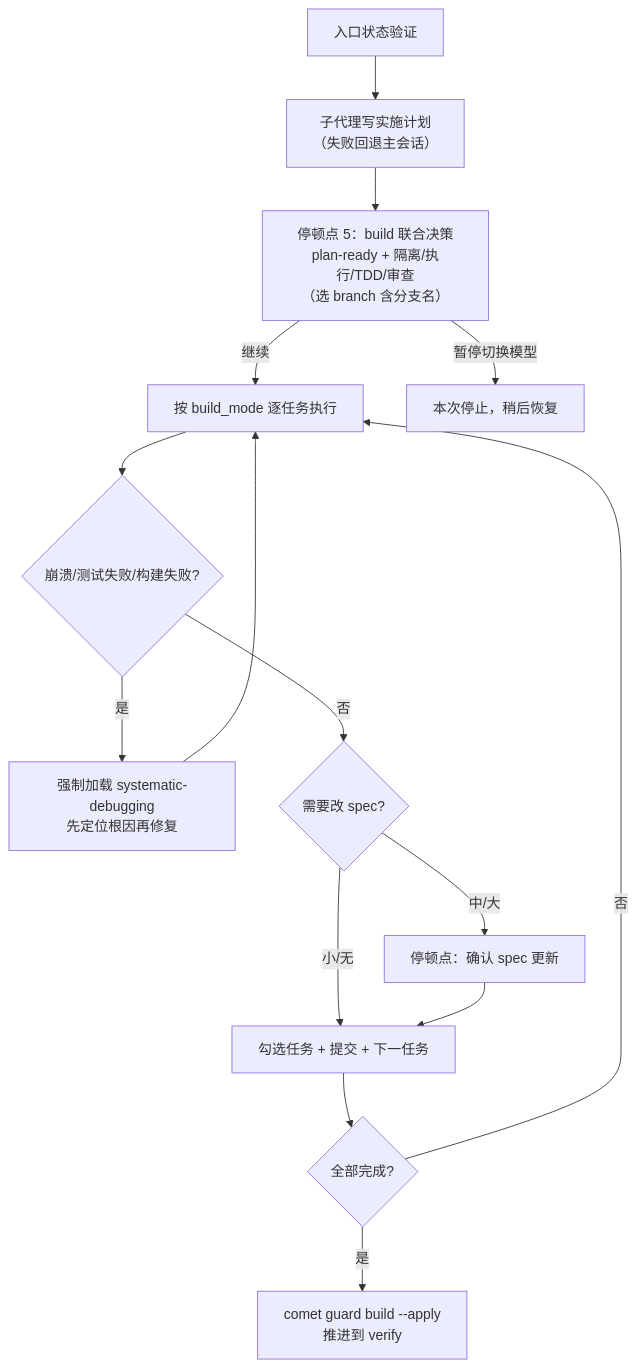
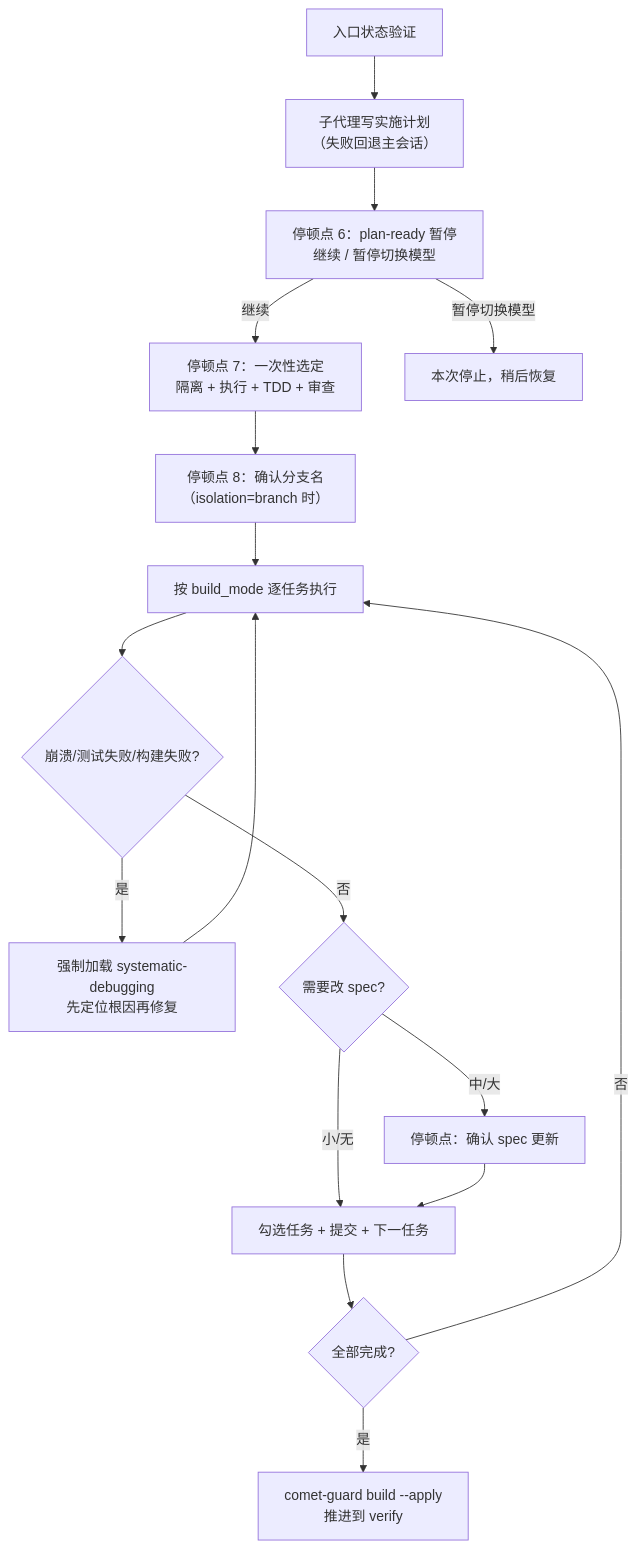
One commit to rpamis/comet-website-docs changed the diagram in zh/phases/build.mdx. Above: the diagram before and after it, drawn with Mermaid. The commit also changed other lines of this file and 114 other files, not shown here.

````diff
--- a/zh/phases/build.mdx
+++ b/zh/phases/build.mdx
@@ -34,17 +37,19 @@
 ```mermaid
 flowchart TD
     Entry["入口状态验证"] --> S1["子代理写实施计划<br/>（失败回退主会话）"]
-    S1 --> Stop5["停顿点 5：build 联合决策<br/>plan-ready + 隔离/执行/TDD/审查<br/>（选 branch 含分支名）"]
-    Stop5 -->|继续| Exec["按 build_mode 逐任务执行"]
-    Stop5 -->|暂停切换模型| PauseDone["本次停止，稍后恢复"]
+    S1 --> Stop2["停顿点 6：plan-ready 暂停<br/>继续 / 暂停切换模型"]
+    Stop2 -->|继续| Stop3["停顿点 7：一次性选定<br/>隔离 + 执行 + TDD + 审查"]
+    Stop2 -->|暂停切换模型| PauseDone["本次停止，稍后恢复"]
+    Stop3 --> StopBranch["停顿点 8：确认分支名<br/>（isolation=branch 时）"]
+    StopBranch --> Exec["按 build_mode 逐任务执行"]
     Exec --> Debug{"崩溃/测试失败/构建失败?"}
     Debug -->|是| DebugGate["强制加载 systematic-debugging<br/>先定位根因再修复"]
     DebugGate --> Exec
     Debug -->|否| SpecUpd{"需要改 spec?"}
     SpecUpd -->|中/大| SpecPause["停顿点：确认 spec 更新"]
     SpecUpd -->|小/无| TaskLoop["勾选任务 + 提交 + 下一任务"]
     SpecPause --> TaskLoop
     TaskLoop --> Done{"全部完成?"}
     Done -->|否| Exec
-    Done -->|是| Exit["comet guard build --apply<br/>推进到 verify"]
+    Done -->|是| Exit["comet-guard build --apply<br/>推进到 verify"]
 ```
````
